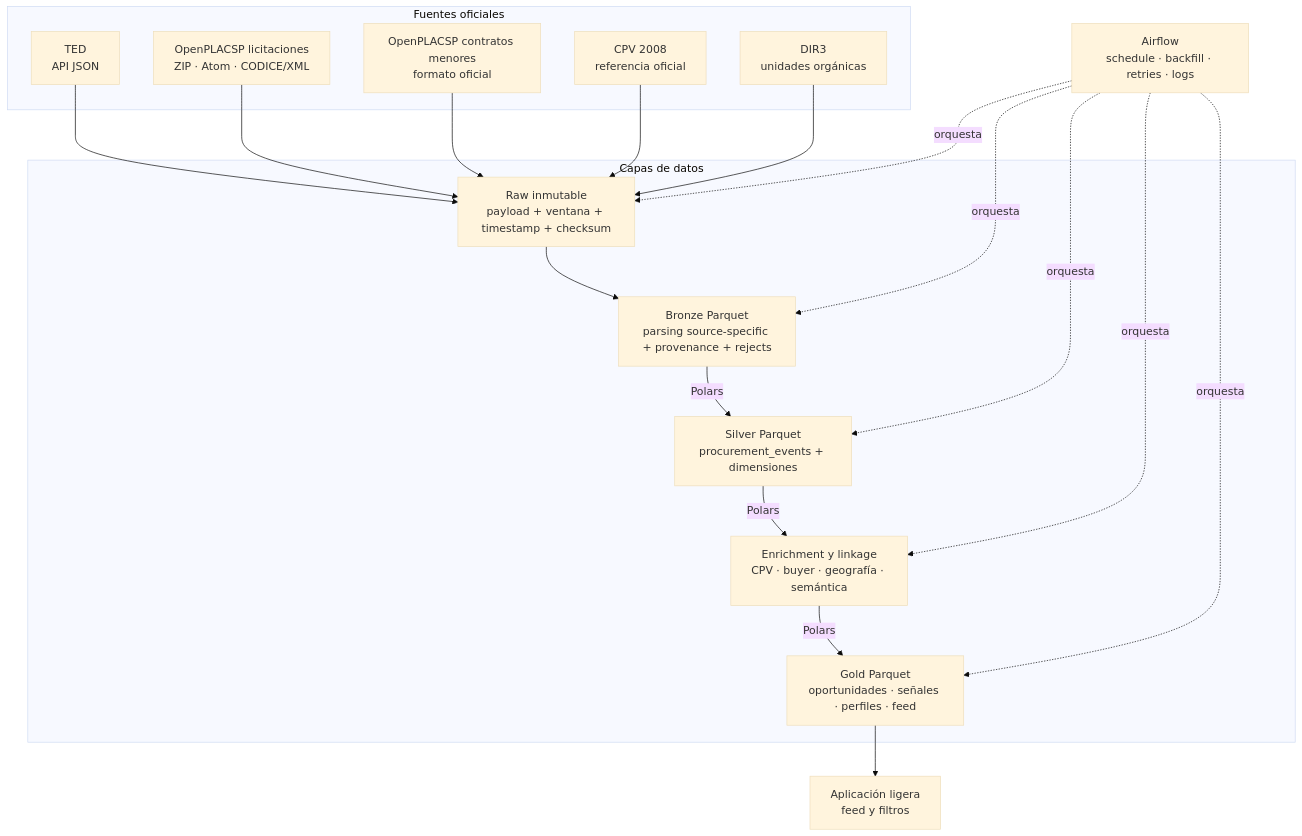
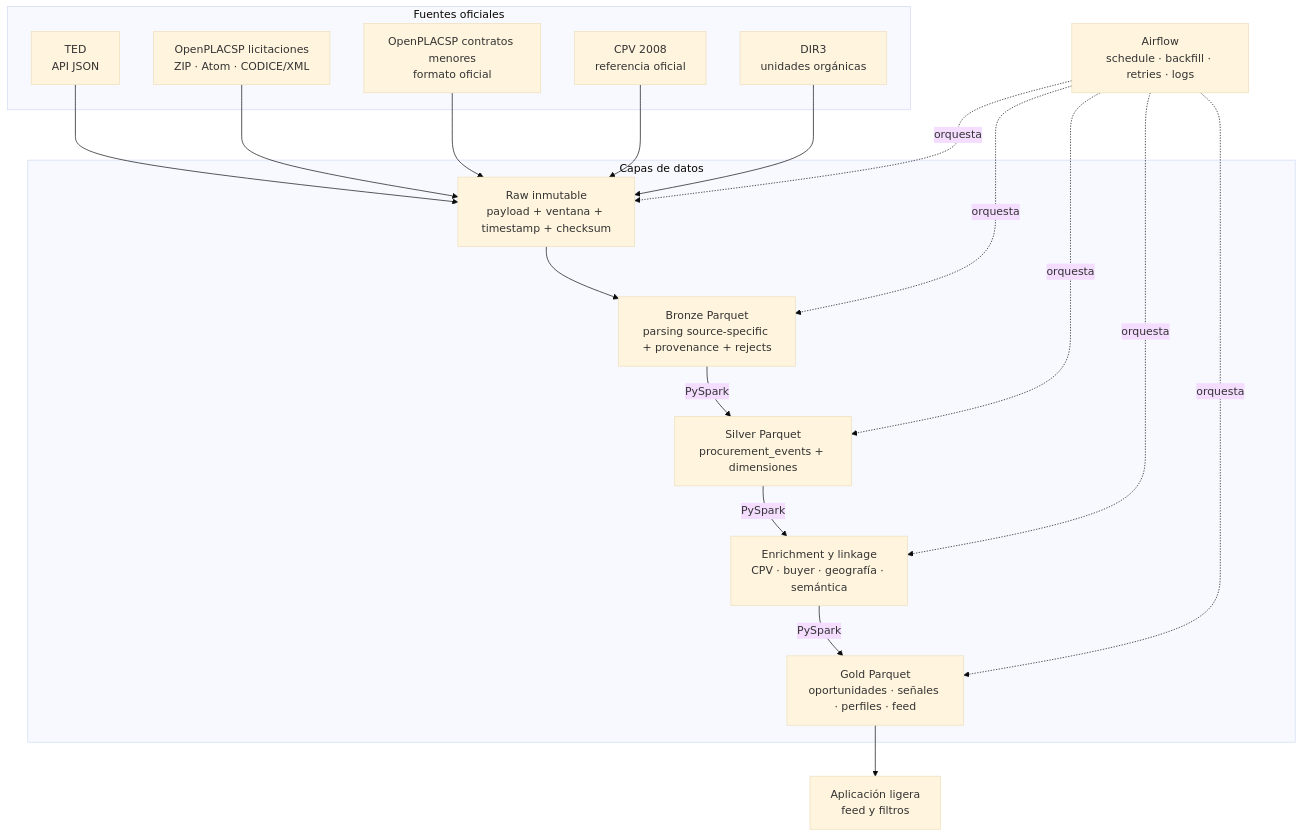
One commit to tomcrojo/tfm-licitaciones changed the second of 2 diagrams in docs/architecture.md. Above: the diagram before and after it, drawn with Mermaid (base theme). The commit also changed other lines of this file and 5 other files, not shown here.

````diff
--- a/docs/architecture.md
+++ b/docs/architecture.md
@@ -55,36 +55,36 @@
 ```mermaid
 flowchart TB
     subgraph SOURCES["Fuentes oficiales"]
         TED2["TED<br/>API JSON"]
         PLI["OpenPLACSP licitaciones<br/>ZIP · Atom · CODICE/XML"]
         PCM["OpenPLACSP contratos menores<br/>formato oficial"]
         CPV["CPV 2008<br/>referencia oficial"]
         DIR3["DIR3<br/>unidades orgánicas"]
     end
 
     subgraph DATA["Capas de datos"]
         RAW2["Raw inmutable<br/>payload + ventana + timestamp + checksum"]
         BRONZE2["Bronze Parquet<br/>parsing source-specific + provenance + rejects"]
         SILVER2["Silver Parquet<br/>procurement_events + dimensiones"]
         ENRICH["Enrichment y linkage<br/>CPV · buyer · geografía · semántica"]
         GOLD2["Gold Parquet<br/>oportunidades · señales · perfiles · feed"]
     end
 
     TED2 --> RAW2
     PLI --> RAW2
     PCM --> RAW2
     CPV --> RAW2
     DIR3 --> RAW2
     RAW2 --> BRONZE2
-    BRONZE2 -->|"Polars"| SILVER2
-    SILVER2 -->|"Polars"| ENRICH
-    ENRICH -->|"Polars"| GOLD2
+    BRONZE2 -->|"PySpark"| SILVER2
+    SILVER2 -->|"PySpark"| ENRICH
+    ENRICH -->|"PySpark"| GOLD2
 
     AIRFLOW["Airflow<br/>schedule · backfill · retries · logs"] -.->|orquesta| RAW2
     AIRFLOW -.->|orquesta| BRONZE2
     AIRFLOW -.->|orquesta| SILVER2
     AIRFLOW -.->|orquesta| ENRICH
     AIRFLOW -.->|orquesta| GOLD2
 
     GOLD2 --> APP["Aplicación ligera<br/>feed y filtros"]
 ```
````
